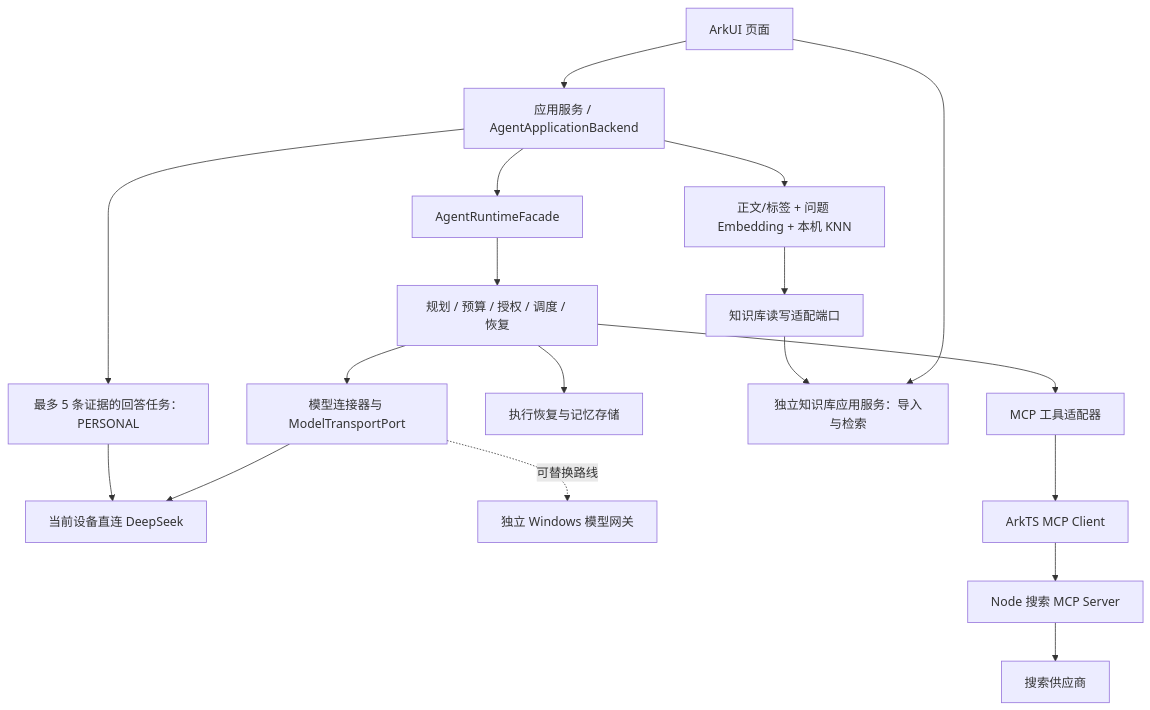
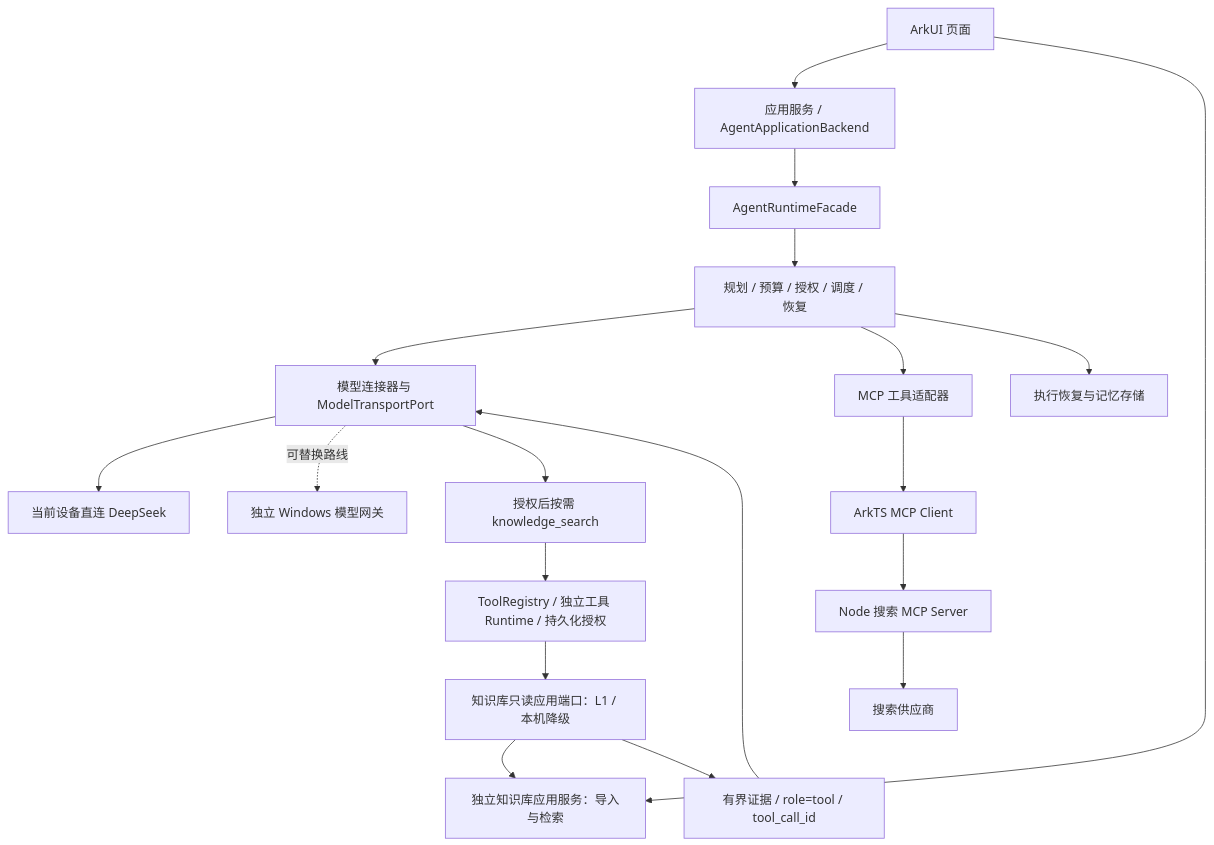
One commit to ZaneOw0/Shuvi-agent changed the diagram in docs/architecture/Agent运行时架构.md. Above: the diagram before and after it, drawn with Mermaid. The commit also changed other lines of this file and 28 other files, not shown here.

````diff
--- a/docs/architecture/Agent运行时架构.md
+++ b/docs/architecture/Agent运行时架构.md
@@ -11,20 +11,21 @@
 ```mermaid
 flowchart TD
   UI[ArkUI 页面] --> App[应用服务 / AgentApplicationBackend]
   App --> Facade[AgentRuntimeFacade]
   Facade --> Runtime[规划 / 预算 / 授权 / 调度 / 恢复]
   Runtime --> Model[模型连接器与 ModelTransportPort]
   Runtime --> Tools[MCP 工具适配器]
   Runtime --> Storage[执行恢复与记忆存储]
   Model --> Direct[当前设备直连 DeepSeek]
   Model -. 可替换路线 .-> Gateway[独立 Windows 模型网关]
   Tools --> Client[ArkTS MCP Client]
   Client --> Search[Node 搜索 MCP Server]
   Search --> Provider[搜索供应商]
   UI --> RAG[独立知识库应用服务：导入与检索]
-  App --> KBRetrieve[正文/标签 + 问题 Embedding + 本机 KNN]
-  KBRetrieve --> KBPort[知识库读写适配端口]
+  Model --> KBSelect[授权后按需 knowledge_search]
+  KBSelect --> KBRegistry[ToolRegistry / 独立工具 Runtime / 持久化授权]
+  KBRegistry --> KBPort[知识库只读应用端口：L1 / 本机降级]
   KBPort --> RAG
-  App --> KBAnswer[最多 5 条证据的回答任务：PERSONAL]
-  KBAnswer --> Direct
+  KBPort --> KBResult[有界证据 / role=tool / tool_call_id]
+  KBResult --> Model
 ```
````
